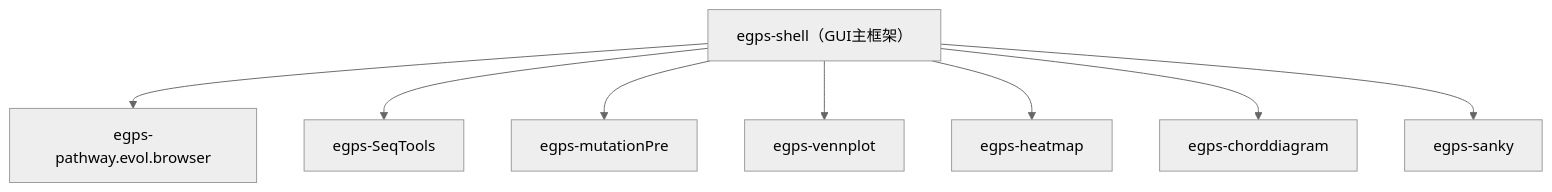
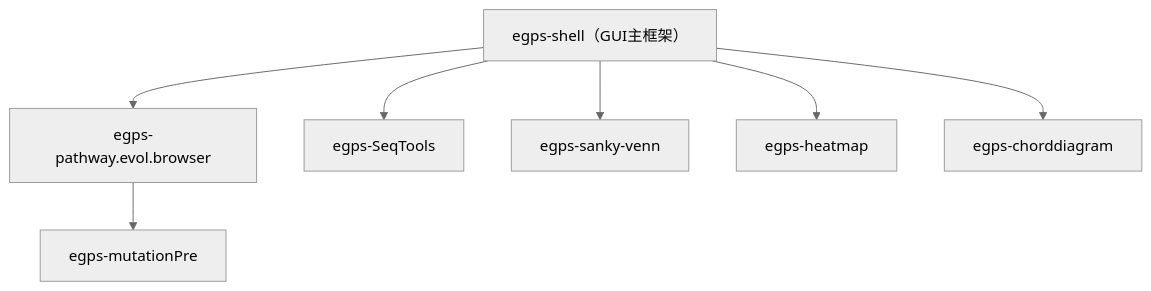
The second of 2 diagrams in README_zh.md (yudalang3/eGPS_v2.1), drawn with Mermaid (neutral theme) before and after one commit. The commit also changed other lines of this file and 1 other file, not shown here.

````diff
--- a/README_zh.md
+++ b/README_zh.md
@@ -52,10 +53,9 @@
 ```mermaid
 graph TD
   shell["egps-shell（GUI主框架）"] --> pe[egps-pathway.evol.browser]
   shell --> seq[egps-SeqTools]
-  shell --> mut[egps-mutationPre]
-  shell --> venn[egps-vennplot]
+  pe --> mut[egps-mutationPre]
+  shell --> sankyvenn[egps-sanky-venn]
   shell --> heat[egps-heatmap]
   shell --> chord[egps-chorddiagram]
-  shell --> sanky[egps-sanky]
 ```
````
